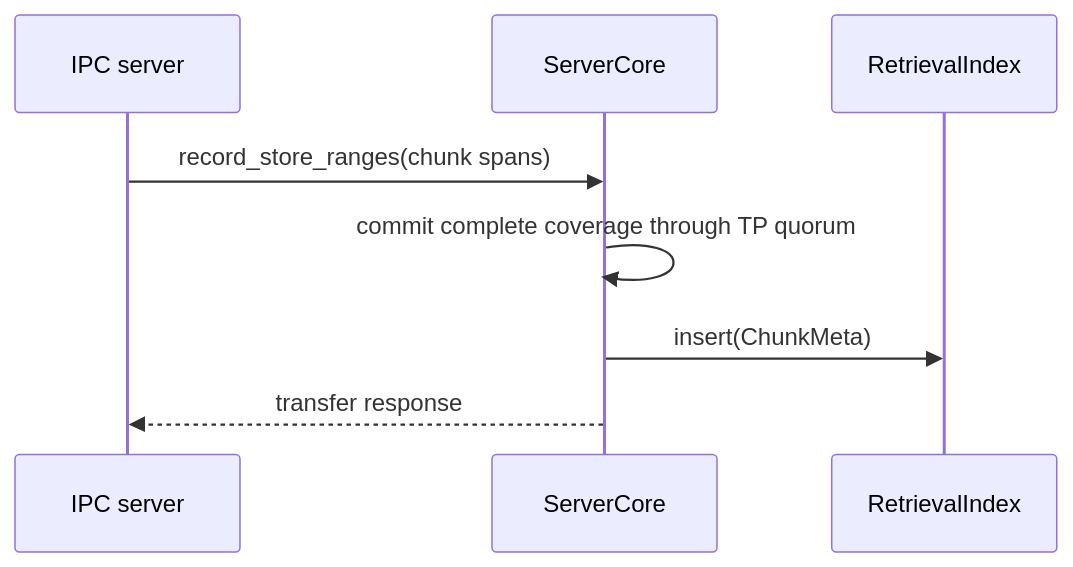
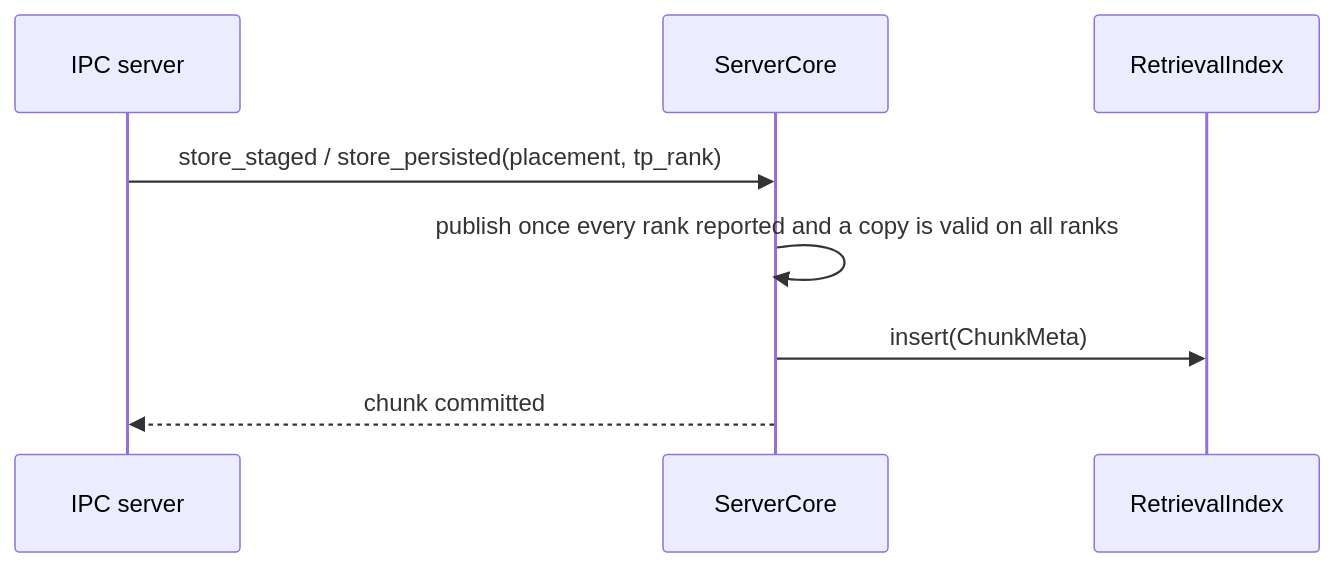
One commit to 7774596/DaseR changed the fifth of 8 diagrams in docs/design/flows.md. Above: the diagram before and after it, drawn with Mermaid. The commit also changed other lines of this file and 92 other files, not shown here.

````diff
--- a/docs/design/flows.md
+++ b/docs/design/flows.md
@@ -149,11 +151,11 @@
 ```mermaid
 sequenceDiagram
     participant IPC as IPC server
     participant C as ServerCore
     participant RI as RetrievalIndex
 
-    IPC->>C: record_store_ranges(chunk spans)
-    C->>C: commit complete coverage through TP quorum
+    IPC->>C: store_staged / store_persisted(placement, tp_rank)
+    C->>C: publish once every rank reported and a copy is valid on all ranks
     C->>RI: insert(ChunkMeta)
-    C-->>IPC: transfer response
+    C-->>IPC: chunk committed
 ```
````
